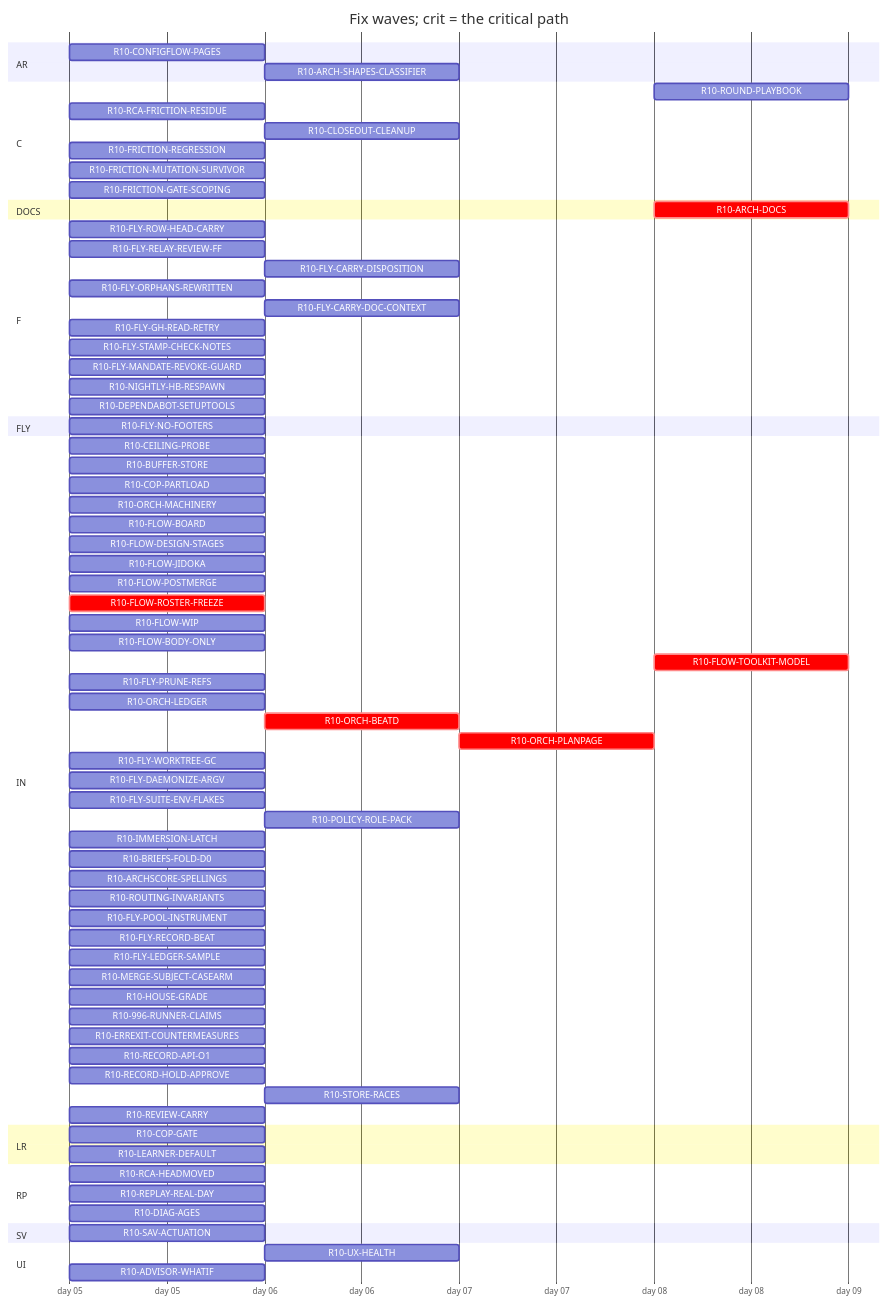
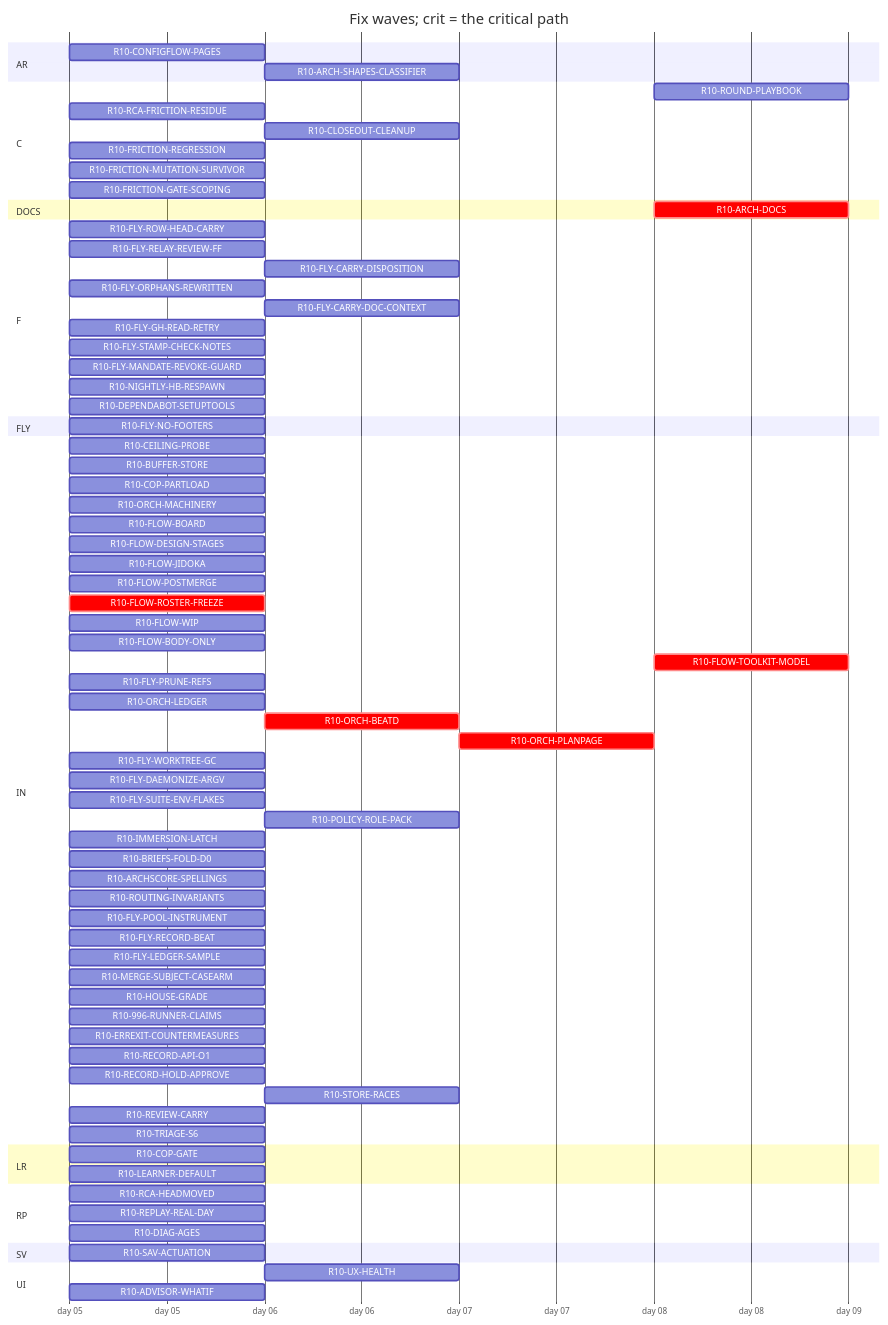
One commit to tvofi/heatpump_optimizer changed the diagram in handoff/round10/state/PLAN-TABLE.md. Above: the diagram before and after it, drawn with Mermaid. The commit also changed other lines of this file and 2 other files, not shown here.

````diff
--- a/handoff/round10/state/PLAN-TABLE.md
+++ b/handoff/round10/state/PLAN-TABLE.md
@@ -23,79 +23,80 @@
 ```mermaid
 gantt
   title Fix waves; crit = the critical path
   dateFormat YYYY-MM-DD
   axisFormat day %d
   section AR
     R10-CONFIGFLOW-PAGES :r10CONFIGFLOWPAGES, 2026-01-05, 1d
     R10-ARCH-SHAPES-CLASSIFIER :r10ARCHSHAPESCLASSIFIER, after r10996RUNNERCLAIMS, 1d
   section C
     R10-ROUND-PLAYBOOK :r10ROUNDPLAYBOOK, after r10ORCHLEDGER r10ORCHBEATD r10ORCHPLANPAGE r10FLYRELAYREVIEWFF r10FLOWROSTERFREEZE r10FLOWBODYONLY, 1d
     R10-RCA-FRICTION-RESIDUE :r10RCAFRICTIONRESIDUE, 2026-01-05, 1d
     R10-CLOSEOUT-CLEANUP :r10CLOSEOUTCLEANUP, after r10FLYPRUNEREFS r10FLYWORKTREEGC, 1d
     R10-FRICTION-REGRESSION :r10FRICTIONREGRESSION, 2026-01-05, 1d
     R10-FRICTION-MUTATION-SURVIVOR :r10FRICTIONMUTATIONSURVIVOR, 2026-01-05, 1d
     R10-FRICTION-GATE-SCOPING :r10FRICTIONGATESCOPING, 2026-01-05, 1d
   section DOCS
     R10-ARCH-DOCS :crit, r10ARCHDOCS, after r10COPGATE r10UXHEALTH r10CONFIGFLOWPAGES r10RCAHEADMOVED r10CEILINGPROBE r10BUFFERSTORE r10COPPARTLOAD r10LEARNERDEFAULT r10FLOWBOARD r10FLOWDESIGNSTAGES r10FLOWJIDOKA r10FLOWPOSTMERGE r10FLOWROSTERFREEZE r10FLOWWIP r10FLOWBODYONLY r10FLYROWHEADCARRY r10FLYRELAYREVIEWFF r10FLYCARRYDISPOSITION r10FLYORPHANSREWRITTEN r10FLYCARRYDOCCONTEXT r10FLOWTOOLKITMODEL r10FLYSTAMPCHECKNOTES r10FLYMANDATEREVOKEGUARD r10RCAFRICTIONRESIDUE r10NIGHTLYHBRESPAWN r10FLYPRUNEREFS r10ORCHLEDGER r10ORCHBEATD r10ORCHPLANPAGE r10FLYWORKTREEGC r10FLYDAEMONIZEARGV r10POLICYROLEPACK r10IMMERSIONLATCH r10BRIEFSFOLDD0 r10REPLAYREALDAY r10ARCHSCORESPELLINGS r10SAVACTUATION r10FLYLEDGERSAMPLE, 1d
   section F
     R10-FLY-ROW-HEAD-CARRY :r10FLYROWHEADCARRY, 2026-01-05, 1d
     R10-FLY-RELAY-REVIEW-FF :r10FLYRELAYREVIEWFF, 2026-01-05, 1d
     R10-FLY-CARRY-DISPOSITION :r10FLYCARRYDISPOSITION, after r10FLYORPHANSREWRITTEN, 1d
     R10-FLY-ORPHANS-REWRITTEN :r10FLYORPHANSREWRITTEN, 2026-01-05, 1d
     R10-FLY-CARRY-DOC-CONTEXT :r10FLYCARRYDOCCONTEXT, after r10FLYGHREADRETRY, 1d
     R10-FLY-GH-READ-RETRY :r10FLYGHREADRETRY, 2026-01-05, 1d
     R10-FLY-STAMP-CHECK-NOTES :r10FLYSTAMPCHECKNOTES, 2026-01-05, 1d
     R10-FLY-MANDATE-REVOKE-GUARD :r10FLYMANDATEREVOKEGUARD, 2026-01-05, 1d
     R10-NIGHTLY-HB-RESPAWN :r10NIGHTLYHBRESPAWN, 2026-01-05, 1d
     R10-DEPENDABOT-SETUPTOOLS :r10DEPENDABOTSETUPTOOLS, 2026-01-05, 1d
   section FLY
     R10-FLY-NO-FOOTERS :r10FLYNOFOOTERS, 2026-01-05, 1d
   section IN
     R10-CEILING-PROBE :r10CEILINGPROBE, 2026-01-05, 1d
     R10-BUFFER-STORE :r10BUFFERSTORE, 2026-01-05, 1d
     R10-COP-PARTLOAD :r10COPPARTLOAD, 2026-01-05, 1d
     R10-ORCH-MACHINERY :r10ORCHMACHINERY, 2026-01-05, 1d
     R10-FLOW-BOARD :r10FLOWBOARD, 2026-01-05, 1d
     R10-FLOW-DESIGN-STAGES :r10FLOWDESIGNSTAGES, 2026-01-05, 1d
     R10-FLOW-JIDOKA :r10FLOWJIDOKA, 2026-01-05, 1d
     R10-FLOW-POSTMERGE :r10FLOWPOSTMERGE, 2026-01-05, 1d
     R10-FLOW-ROSTER-FREEZE :crit, r10FLOWROSTERFREEZE, 2026-01-05, 1d
     R10-FLOW-WIP :r10FLOWWIP, 2026-01-05, 1d
     R10-FLOW-BODY-ONLY :r10FLOWBODYONLY, 2026-01-05, 1d
     R10-FLOW-TOOLKIT-MODEL :crit, r10FLOWTOOLKITMODEL, after r10ORCHPLANPAGE, 1d
     R10-FLY-PRUNE-REFS :r10FLYPRUNEREFS, 2026-01-05, 1d
     R10-ORCH-LEDGER :r10ORCHLEDGER, 2026-01-05, 1d
     R10-ORCH-BEATD :crit, r10ORCHBEATD, after r10FLOWROSTERFREEZE, 1d
     R10-ORCH-PLANPAGE :crit, r10ORCHPLANPAGE, after r10ORCHBEATD, 1d
     R10-FLY-WORKTREE-GC :r10FLYWORKTREEGC, 2026-01-05, 1d
     R10-FLY-DAEMONIZE-ARGV :r10FLYDAEMONIZEARGV, 2026-01-05, 1d
     R10-FLY-SUITE-ENV-FLAKES :r10FLYSUITEENVFLAKES, 2026-01-05, 1d
     R10-POLICY-ROLE-PACK :r10POLICYROLEPACK, after r10FLOWDESIGNSTAGES, 1d
     R10-IMMERSION-LATCH :r10IMMERSIONLATCH, 2026-01-05, 1d
     R10-BRIEFS-FOLD-D0 :r10BRIEFSFOLDD0, 2026-01-05, 1d
     R10-ARCHSCORE-SPELLINGS :r10ARCHSCORESPELLINGS, 2026-01-05, 1d
     R10-ROUTING-INVARIANTS :r10ROUTINGINVARIANTS, 2026-01-05, 1d
     R10-FLY-POOL-INSTRUMENT :r10FLYPOOLINSTRUMENT, 2026-01-05, 1d
     R10-FLY-RECORD-BEAT :r10FLYRECORDBEAT, 2026-01-05, 1d
     R10-FLY-LEDGER-SAMPLE :r10FLYLEDGERSAMPLE, 2026-01-05, 1d
     R10-MERGE-SUBJECT-CASEARM :r10MERGESUBJECTCASEARM, 2026-01-05, 1d
     R10-HOUSE-GRADE :r10HOUSEGRADE, 2026-01-05, 1d
     R10-996-RUNNER-CLAIMS :r10996RUNNERCLAIMS, 2026-01-05, 1d
     R10-ERREXIT-COUNTERMEASURES :r10ERREXITCOUNTERMEASURES, 2026-01-05, 1d
     R10-RECORD-API-O1 :r10RECORDAPIO1, 2026-01-05, 1d
     R10-RECORD-HOLD-APPROVE :r10RECORDHOLDAPPROVE, 2026-01-05, 1d
     R10-STORE-RACES :r10STORERACES, after r10BUFFERSTORE, 1d
     R10-REVIEW-CARRY :r10REVIEWCARRY, 2026-01-05, 1d
+    R10-TRIAGE-S6 :r10TRIAGES6, 2026-01-05, 1d
   section LR
     R10-COP-GATE :r10COPGATE, 2026-01-05, 1d
     R10-LEARNER-DEFAULT :r10LEARNERDEFAULT, 2026-01-05, 1d
   section RP
     R10-RCA-HEADMOVED :r10RCAHEADMOVED, 2026-01-05, 1d
     R10-REPLAY-REAL-DAY :r10REPLAYREALDAY, 2026-01-05, 1d
     R10-DIAG-AGES :r10DIAGAGES, 2026-01-05, 1d
   section SV
     R10-SAV-ACTUATION :r10SAVACTUATION, 2026-01-05, 1d
   section UI
     R10-UX-HEALTH :r10UXHEALTH, after r10COPGATE, 1d
     R10-ADVISOR-WHATIF :r10ADVISORWHATIF, 2026-01-05, 1d
 ```
````
